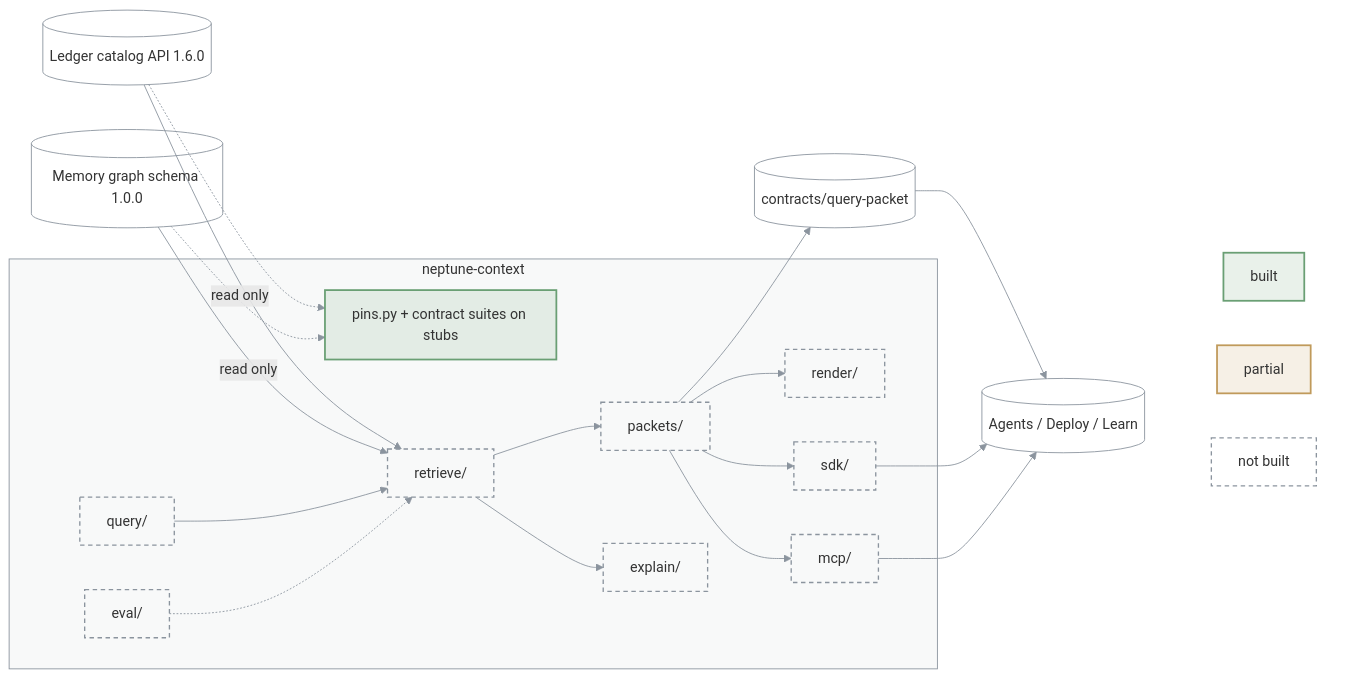
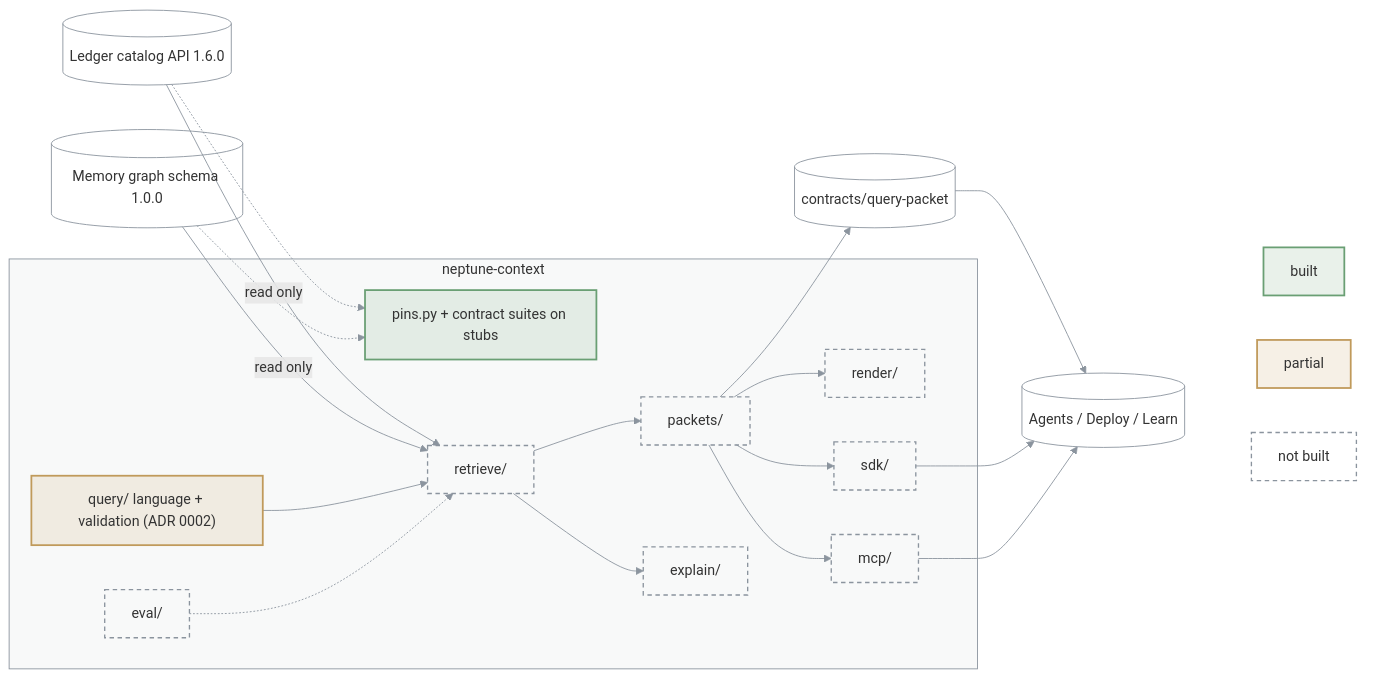
The diagram in packages/neptune-context/ARCHITECTURE.md (bennytay/neptune), drawn with Mermaid before and after one commit. The commit also changed 27 other files, not shown here.

First line of the commit message:
feat(context): query language ADR 0002, schema export and worked queries

````diff
--- a/packages/neptune-context/ARCHITECTURE.md
+++ b/packages/neptune-context/ARCHITECTURE.md
@@ -3,46 +3,46 @@
 ```mermaid
 flowchart LR
   LED[("Ledger catalog API 1.6.0")]
   MEM[("Memory graph schema 1.0.0")]
   subgraph P["neptune-context"]
     PIN["pins.py + contract suites on stubs"]
-    QRY["query/"]
+    QRY["query/ language + validation (ADR 0002)"]
     RET["retrieve/"]
     PKT["packets/"]
     RND["render/"]
     SDK["sdk/"]
     MCP["mcp/"]
     EXP["explain/"]
     EVA["eval/"]
   end
   OUT[("Agents / Deploy / Learn")]
   CON[("contracts/query-packet")]
   LED -->|read only| RET
   MEM -->|read only| RET
   LED & MEM -.-> PIN
   QRY --> RET --> PKT --> RND
   RET --> EXP
   PKT --> SDK & MCP
   EVA -.-> RET
   PKT --> CON --> OUT
   SDK & MCP --> OUT
 
   subgraph KEY[" "]
     K1["built"]
     K2["partial"]
     K3["not built"]
   end
   OUT ~~~ K1 & K2 & K3
 
   classDef built fill:#6a9f7426,stroke:#6a9f74,stroke-width:2px
   classDef partial fill:#c09a5b26,stroke:#c09a5b,stroke-width:2px
   classDef todo fill:none,stroke:#8b949e,stroke-width:1.5px,stroke-dasharray:5 4
   classDef ext fill:none,stroke:#8b949e,stroke-width:1px
   class K1,PIN built
-  class K2 partial
-  class QRY,RET,PKT,RND,SDK,MCP,EXP,EVA,K3 todo
+  class K2,QRY partial
+  class RET,PKT,RND,SDK,MCP,EXP,EVA,K3 todo
   class LED,MEM,OUT,CON ext
   style P fill:#8b949e0f,stroke:#8b949e
   style KEY fill:none,stroke:none
   linkStyle default stroke:#8b949e
 ```
````
